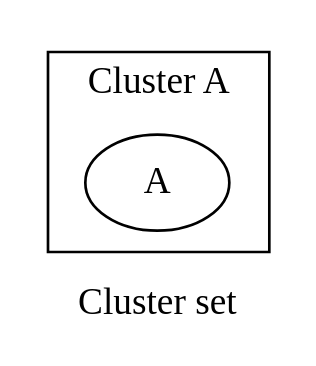
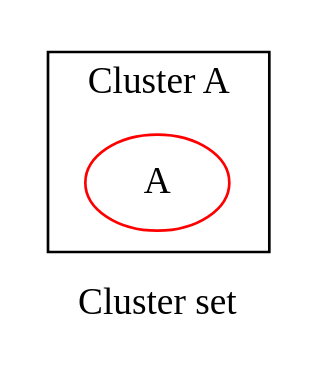
The diagram in data/01.clusters.out.gv (graphviz-perl/GraphViz2-Marpa-PathUtils), drawn with Graphviz before and after one commit. The commit also changed 34 other files, not shown here.

```diff
--- a/data/01.clusters.out.gv
+++ b/data/01.clusters.out.gv
@@ -1,11 +1,11 @@
-graph Perl
+digraph graph_01
 {
 graph [ label="Cluster set" rankdir="LR" ]
 
 subgraph "cluster A"
 {
 graph [ label="Cluster A" rankdir="LR" ]
 
-"A"
+"A" [ color="red" ]
 }
 }
```
